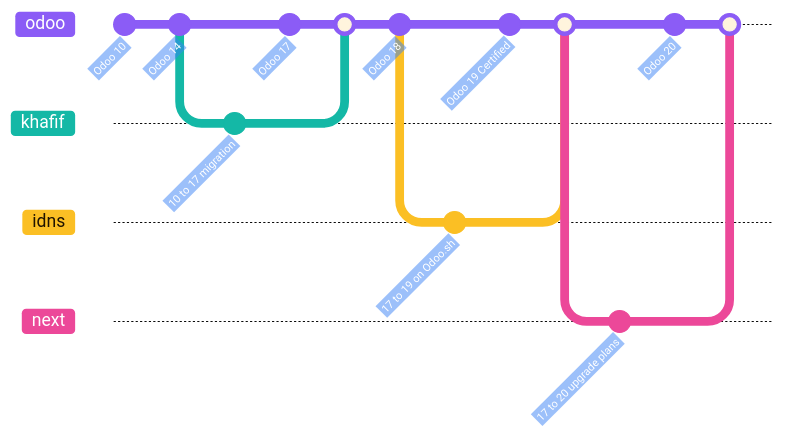
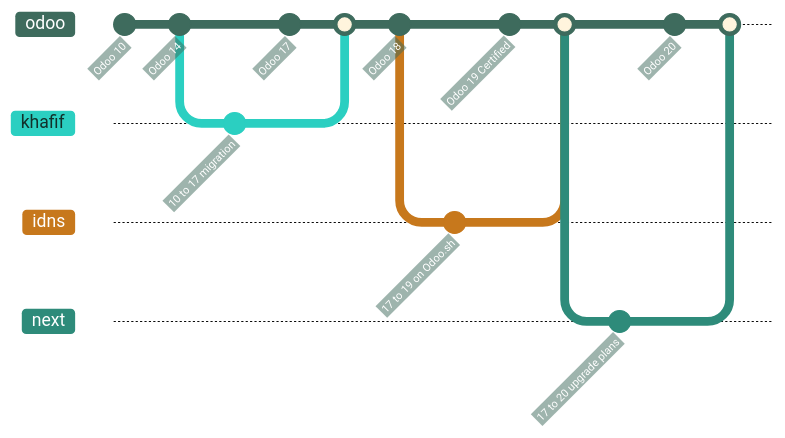
The third of 6 diagrams in README.md (NoohSD/NoohSD), drawn with Mermaid before and after one commit. The commit also changed other lines of this file, not shown here.

````diff
--- a/README.md
+++ b/README.md
@@ -167,25 +167,25 @@
 ```mermaid
-%%{init: {'theme':'base','gitGraph':{'mainBranchName':'odoo','showCommitLabel':true},'themeVariables':{'git0':'#8B5CF6','git1':'#14B8A6','git2':'#FBBF24','git3':'#EC4899','gitBranchLabel0':'#FFFFFF','gitBranchLabel1':'#FFFFFF','gitBranchLabel2':'#1F1300','gitBranchLabel3':'#FFFFFF','commitLabelColor':'#FFFFFF','commitLabelBackground':'#3B82F6'}}}%%
+%%{init: {'theme':'base','gitGraph':{'mainBranchName':'odoo','showCommitLabel':true},'themeVariables':{'git0':'#3E6B5D','git1':'#2BCFC1','git2':'#C7781C','git3':'#2E8B7A','gitBranchLabel0':'#FFFFFF','gitBranchLabel1':'#12302A','gitBranchLabel2':'#FFFFFF','gitBranchLabel3':'#FFFFFF','commitLabelColor':'#FFFFFF','commitLabelBackground':'#3E6B5D'}}}%%
 gitGraph
     commit id: "Odoo 10"
     commit id: "Odoo 14"
     branch khafif
     checkout khafif
     commit id: "10 to 17 migration"
     checkout odoo
     commit id: "Odoo 17"
     merge khafif
     commit id: "Odoo 18"
     branch idns
     checkout idns
     commit id: "17 to 19 on Odoo.sh"
     checkout odoo
     commit id: "Odoo 19 Certified"
     merge idns
     branch next
     checkout next
     commit id: "17 to 20 upgrade plans"
     checkout odoo
     commit id: "Odoo 20"
     merge next
 ```
````
